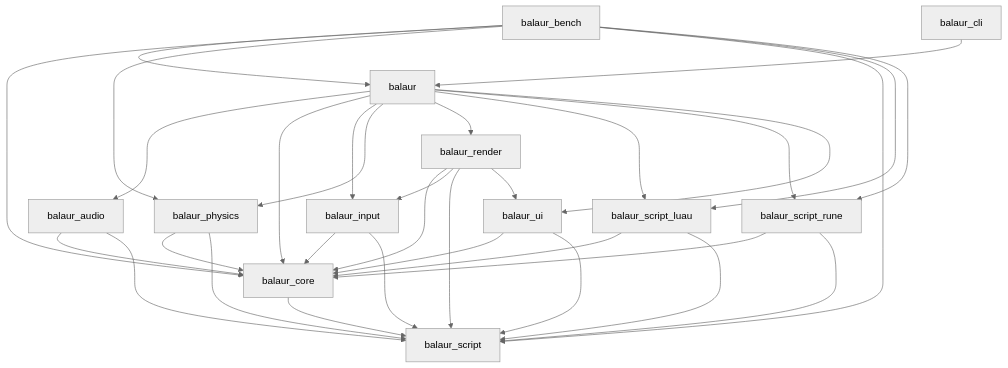
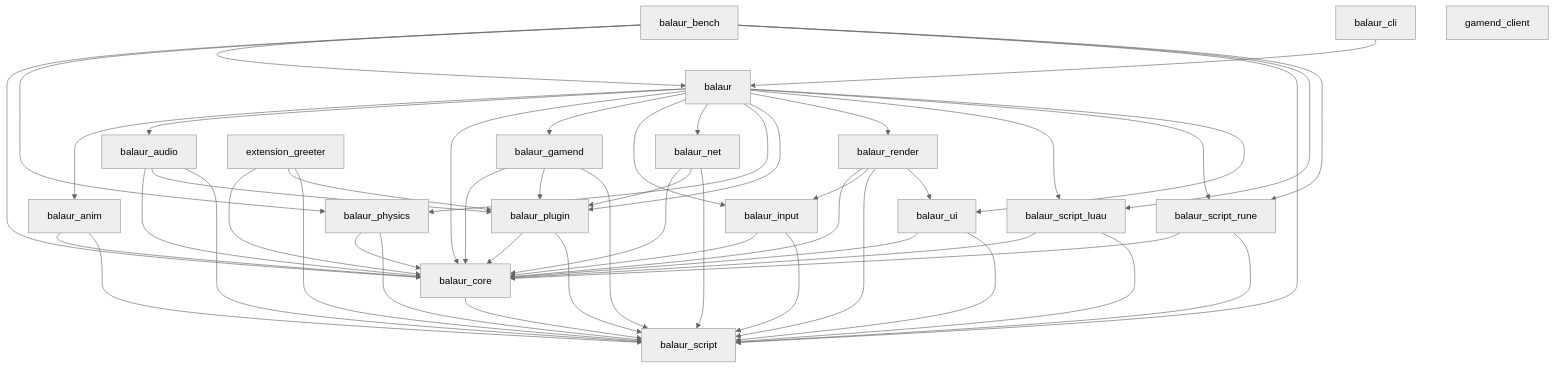
One commit to balaurengine/balaur-website changed the diagram in docs/reference/crate-graph.md. Above: the diagram before and after it, drawn with Mermaid (neutral theme). The commit also changed 26 other files, not shown here.

````diff
--- a/docs/reference/crate-graph.md
+++ b/docs/reference/crate-graph.md
@@ -15,47 +15,71 @@
 ```mermaid
 graph TD
   balaur[balaur]
+  balaur_anim[balaur_anim]
   balaur_audio[balaur_audio]
   balaur_bench[balaur_bench]
   balaur_cli[balaur_cli]
   balaur_core[balaur_core]
+  balaur_gamend[balaur_gamend]
   balaur_input[balaur_input]
+  balaur_net[balaur_net]
   balaur_physics[balaur_physics]
+  balaur_plugin[balaur_plugin]
   balaur_render[balaur_render]
   balaur_script[balaur_script]
   balaur_script_luau[balaur_script_luau]
   balaur_script_rune[balaur_script_rune]
   balaur_ui[balaur_ui]
+  extension_greeter[extension_greeter]
+  gamend_client[gamend_client]
+  balaur --> balaur_anim
   balaur --> balaur_audio
   balaur --> balaur_core
+  balaur --> balaur_gamend
   balaur --> balaur_input
+  balaur --> balaur_net
   balaur --> balaur_physics
+  balaur --> balaur_plugin
   balaur --> balaur_render
   balaur --> balaur_script_luau
   balaur --> balaur_script_rune
   balaur --> balaur_ui
+  balaur_anim --> balaur_core
+  balaur_anim --> balaur_script
   balaur_audio --> balaur_core
+  balaur_audio --> balaur_plugin
   balaur_audio --> balaur_script
   balaur_bench --> balaur
   balaur_bench --> balaur_core
   balaur_bench --> balaur_physics
   balaur_bench --> balaur_script
   balaur_bench --> balaur_script_luau
   balaur_bench --> balaur_script_rune
   balaur_cli --> balaur
   balaur_core --> balaur_script
+  balaur_gamend --> balaur_core
+  balaur_gamend --> balaur_plugin
+  balaur_gamend --> balaur_script
   balaur_input --> balaur_core
   balaur_input --> balaur_script
+  balaur_net --> balaur_core
+  balaur_net --> balaur_plugin
+  balaur_net --> balaur_script
   balaur_physics --> balaur_core
   balaur_physics --> balaur_script
+  balaur_plugin --> balaur_core
+  balaur_plugin --> balaur_script
   balaur_render --> balaur_core
   balaur_render --> balaur_input
   balaur_render --> balaur_script
   balaur_render --> balaur_ui
   balaur_script_luau --> balaur_core
   balaur_script_luau --> balaur_script
   balaur_script_rune --> balaur_core
   balaur_script_rune --> balaur_script
   balaur_ui --> balaur_core
   balaur_ui --> balaur_script
+  extension_greeter --> balaur_core
+  extension_greeter --> balaur_plugin
+  extension_greeter --> balaur_script
 ```
````
